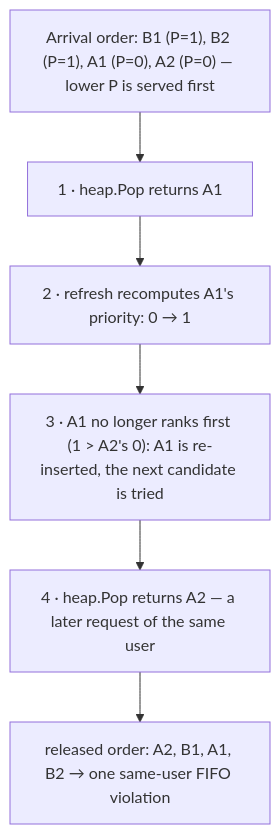
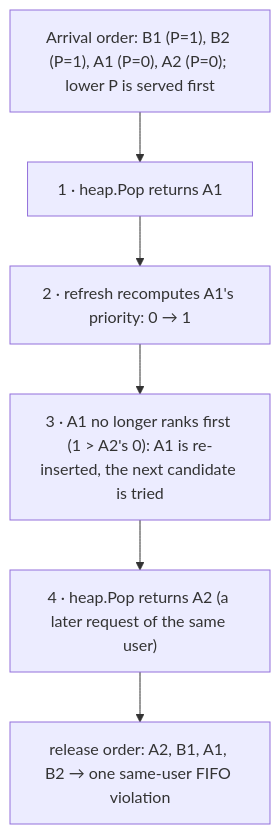
One commit to bolubo/kthena changed the first of 4 diagrams in docs/proposal/fairness-same-user-fifo.md. Above: the diagram before and after it, drawn with Mermaid. The commit also changed other lines of this file, not shown here.

````diff
--- a/docs/proposal/fairness-same-user-fifo.md
+++ b/docs/proposal/fairness-same-user-fifo.md
@@ -86,8 +87,8 @@
 ```mermaid
 flowchart TB
-    A["Arrival order: B1 (P=1), B2 (P=1), A1 (P=0), A2 (P=0) — lower P is served first"] --> B["1 · heap.Pop returns A1"]
+    A["Arrival order: B1 (P=1), B2 (P=1), A1 (P=0), A2 (P=0); lower P is served first"] --> B["1 · heap.Pop returns A1"]
     B --> C["2 · refresh recomputes A1's priority: 0 → 1"]
     C --> D["3 · A1 no longer ranks first (1 > A2's 0): A1 is re-inserted, the next candidate is tried"]
-    D --> E["4 · heap.Pop returns A2 — a later request of the same user"]
-    E --> F["released order: A2, B1, A1, B2 → one same-user FIFO violation"]
+    D --> E["4 · heap.Pop returns A2 (a later request of the same user)"]
+    E --> F["release order: A2, B1, A1, B2 → one same-user FIFO violation"]
 ```
````
